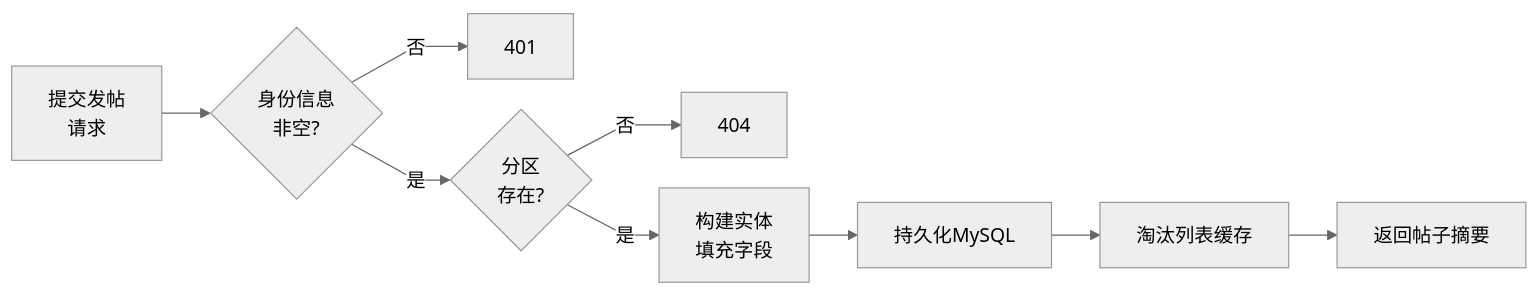
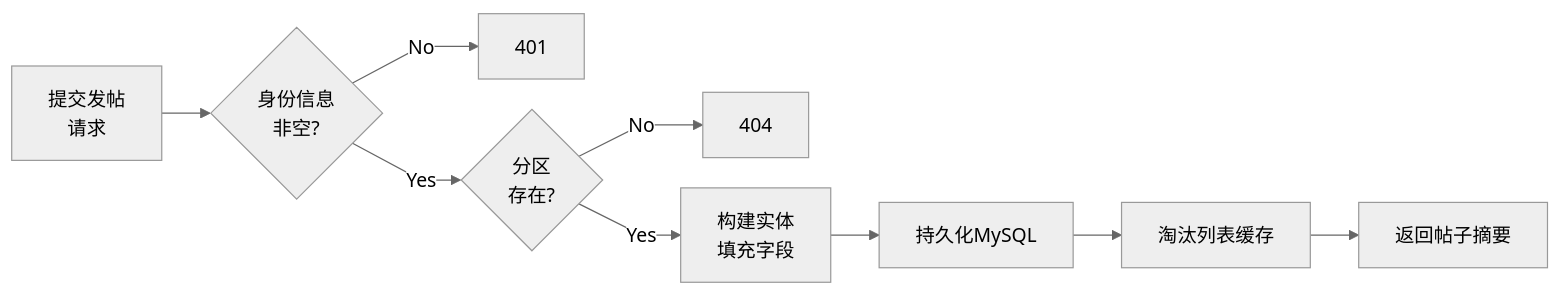
One commit to Wkjlovec/graduation_project_zhuang changed the diagram in docs/diagrams/fig4-8-post-publish-flow.mmd. Above: the diagram before and after it, drawn with Mermaid. The commit also changed 14 other files, not shown here.

Commit message:
docs: 图4-1加分层标注, 流程图是/否改Yes/No, 搜索图改数据流样式, 4.3补充索引清单表

```diff
--- a/docs/diagrams/fig4-8-post-publish-flow.mmd
+++ b/docs/diagrams/fig4-8-post-publish-flow.mmd
@@ -1,10 +1,10 @@
 %%{init: {'theme': 'neutral', 'flowchart': {'curve': 'linear', 'rankSpacing': 40, 'nodeSpacing': 25}}}%%
 graph LR
     A["提交发帖\n请求"] --> B{"身份信息\n非空?"}
-    B -->|否| C["401"]
-    B -->|是| D{"分区\n存在?"}
-    D -->|否| E["404"]
-    D -->|是| F["构建实体\n填充字段"]
+    B -->|No| C["401"]
+    B -->|Yes| D{"分区\n存在?"}
+    D -->|No| E["404"]
+    D -->|Yes| F["构建实体\n填充字段"]
     F --> G["持久化MySQL"]
     G --> H["淘汰列表缓存"]
     H --> I["返回帖子摘要"]
```
